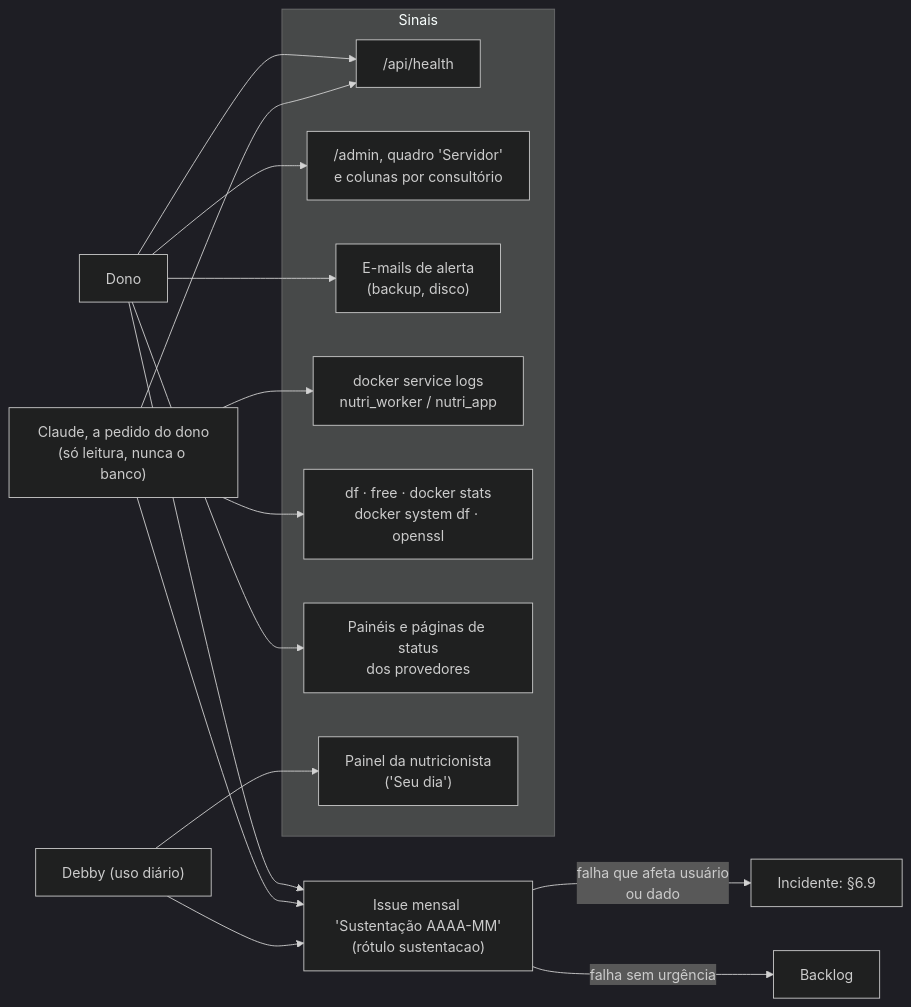
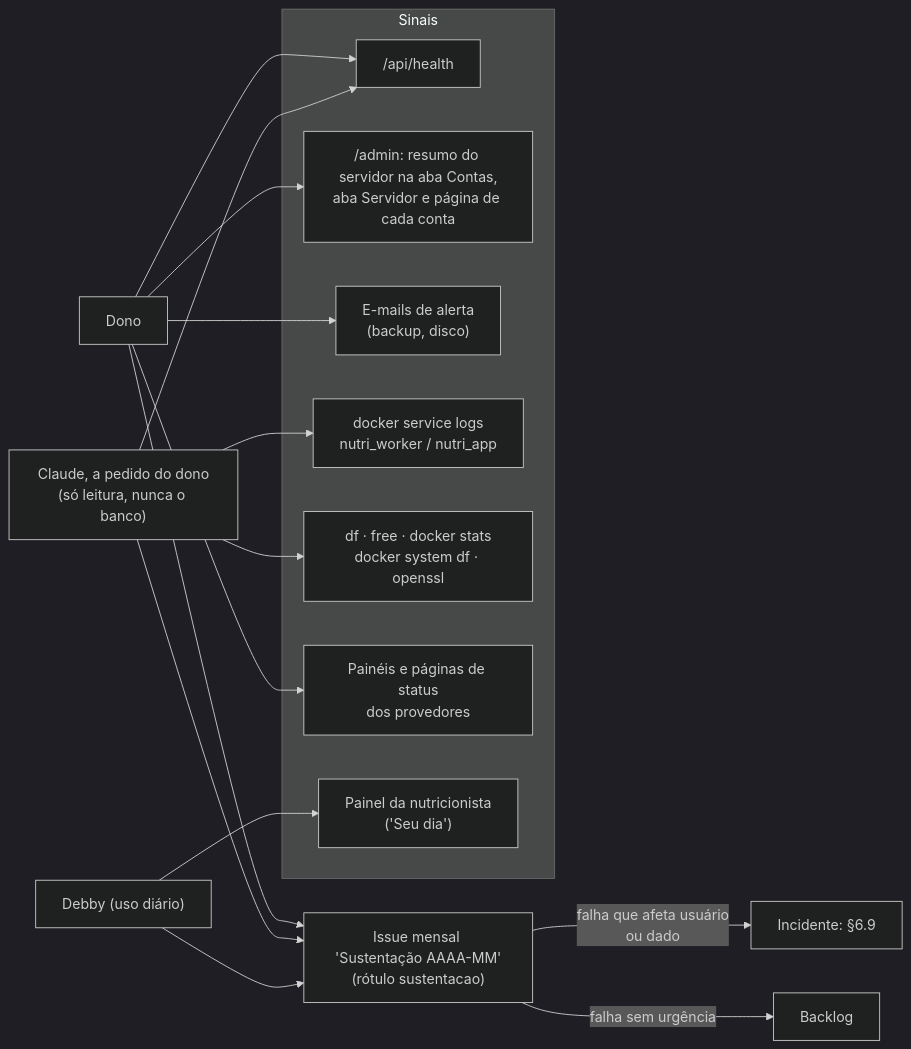
The first of 2 diagrams in docs/manual-tecnico/08-sustentacao.md (fabianojp06/nutridebby), drawn with Mermaid (dark theme) before and after one commit. The commit also changed other lines of this file and 21 other files, not shown here.

````diff
--- a/docs/manual-tecnico/08-sustentacao.md
+++ b/docs/manual-tecnico/08-sustentacao.md
@@ -37,18 +37,18 @@
 ```mermaid
 flowchart LR
   subgraph SINAIS["Sinais"]
     H["/api/health"]
-    ADM["/admin, quadro 'Servidor'<br/>e colunas por consultório"]
+    ADM["/admin: resumo do servidor na aba Contas,<br/>aba Servidor e página de cada conta"]
     EM["E-mails de alerta<br/>(backup, disco)"]
     LOG["docker service logs<br/>nutri_worker / nutri_app"]
     HOST["df · free · docker stats<br/>docker system df · openssl"]
     PROV["Painéis e páginas de status<br/>dos provedores"]
     PAINEL["Painel da nutricionista<br/>('Seu dia')"]
   end
   DONO["Dono"] --> H & ADM & EM & PROV
   CL["Claude, a pedido do dono<br/>(só leitura, nunca o banco)"] --> H & LOG & HOST
   DEB["Debby (uso diário)"] --> PAINEL
   DONO & CL & DEB --> REG["Issue mensal 'Sustentação AAAA-MM'<br/>(rótulo sustentacao)"]
   REG -->|"falha que afeta usuário<br/>ou dado"| INC["Incidente: §6.9"]
   REG -->|"falha sem urgência"| BKL["Backlog"]
 ```
````
